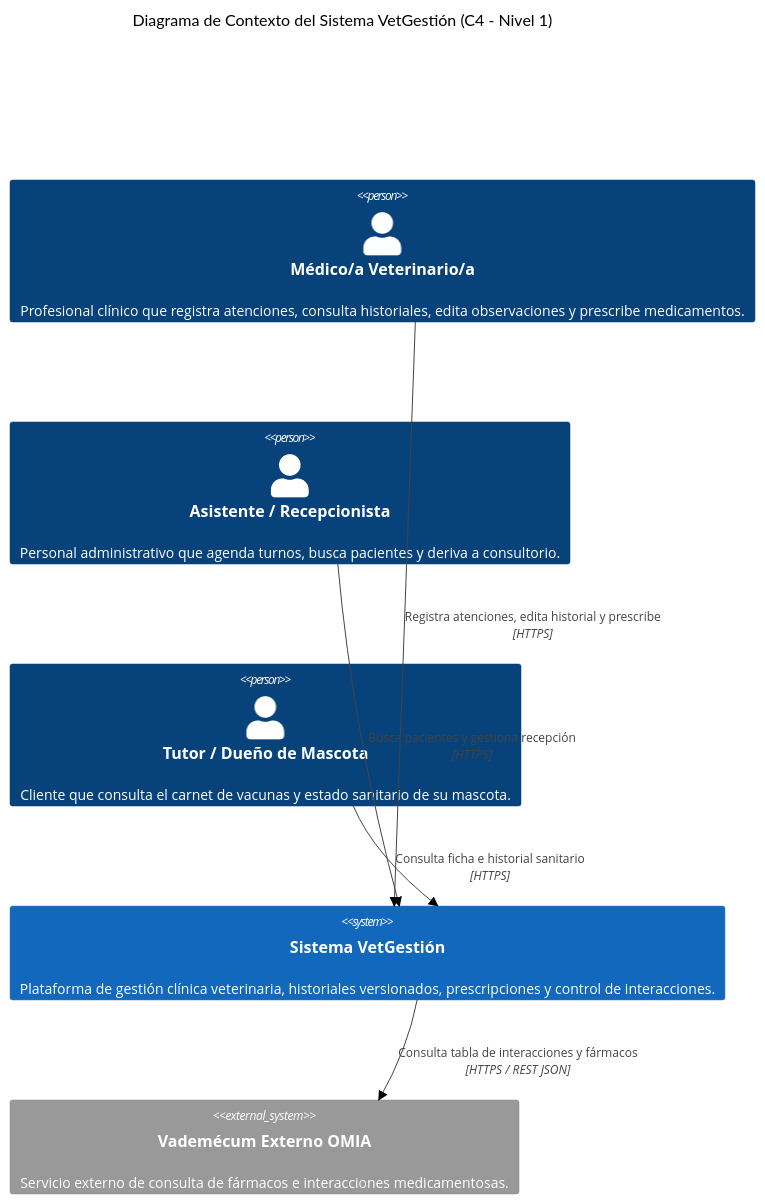
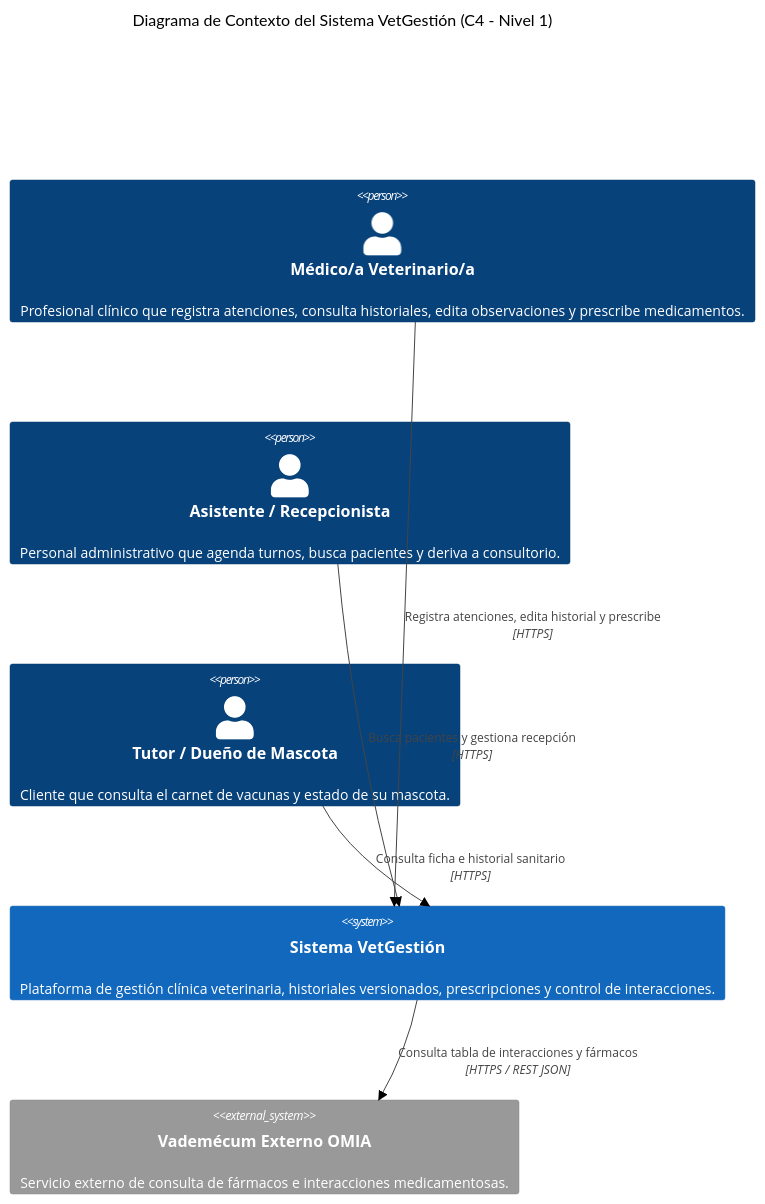
Before and after one commit to DinoMondino/sistema-gestion-veterinaria-2026: the first of 3 diagrams in docs/architecture/arquitectura.md, drawn with Mermaid (forest theme). The commit also changed other lines of this file, not shown here.

````diff
--- a/docs/architecture/arquitectura.md
+++ b/docs/architecture/arquitectura.md
@@ -72,18 +71,18 @@
 ```mermaid
 C4Context
     title Diagrama de Contexto del Sistema VetGestión (C4 - Nivel 1)
 
     Person(vet, "Médico/a Veterinario/a", "Profesional clínico que registra atenciones, consulta historiales, edita observaciones y prescribe medicamentos.")
     Person(sec, "Asistente / Recepcionista", "Personal administrativo que agenda turnos, busca pacientes y deriva a consultorio.")
-    Person(tutor, "Tutor / Dueño de Mascota", "Cliente que consulta el carnet de vacunas y estado sanitario de su mascota.")
+    Person(tutor, "Tutor / Dueño de Mascota", "Cliente que consulta el carnet de vacunas y estado de su mascota.")
 
     System(sysVet, "Sistema VetGestión", "Plataforma de gestión clínica veterinaria, historiales versionados, prescripciones y control de interacciones.")
 
     System_Ext(omnia, "Vademécum Externo OMIA", "Servicio externo de consulta de fármacos e interacciones medicamentosas.")
 
     Rel(vet, sysVet, "Registra atenciones, edita historial y prescribe", "HTTPS")
     Rel(sec, sysVet, "Busca pacientes y gestiona recepción", "HTTPS")
     Rel(tutor, sysVet, "Consulta ficha e historial sanitario", "HTTPS")
 
     Rel(sysVet, omnia, "Consulta tabla de interacciones y fármacos", "HTTPS / REST JSON")
 ```
````
